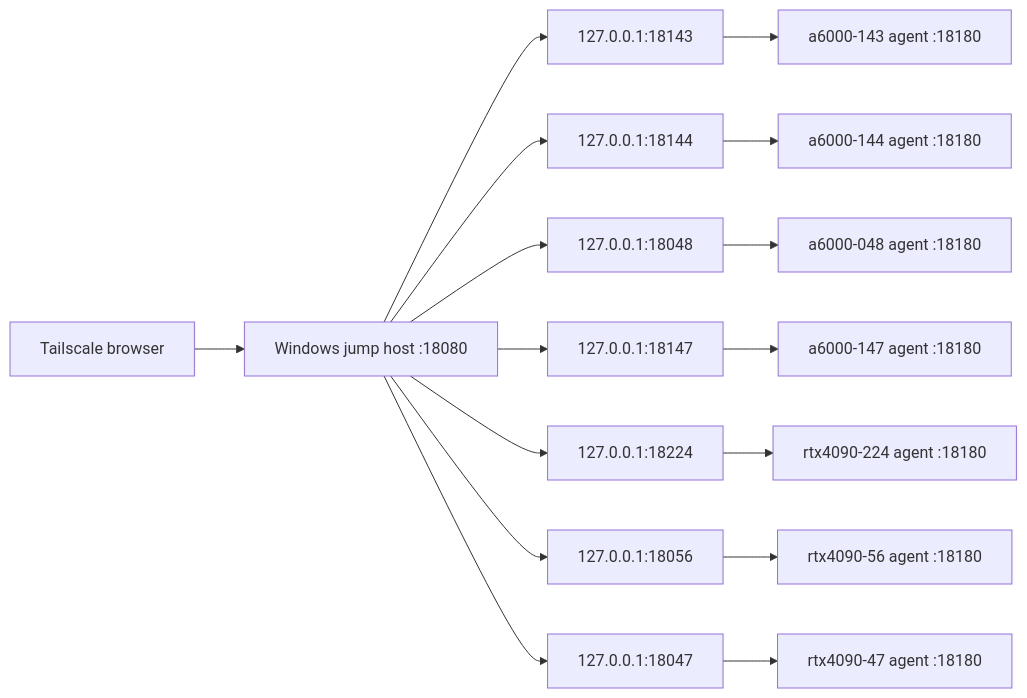
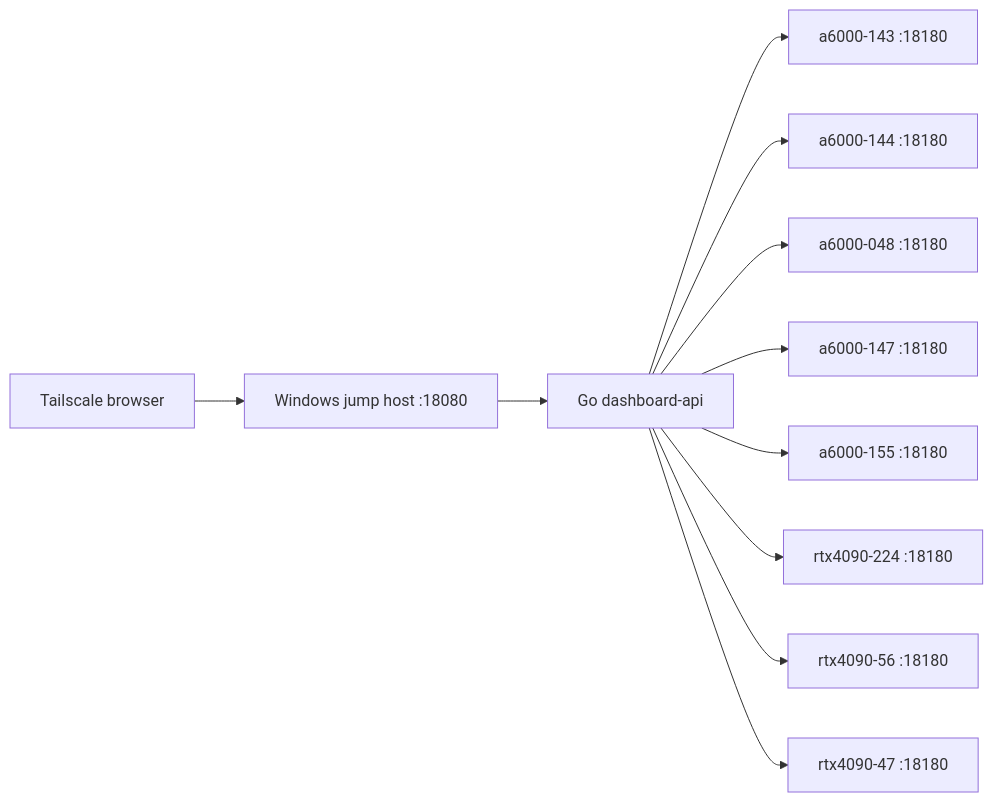
The diagram in README.md (magnum-qin/lab-sever-manager), drawn with Mermaid before and after one commit. The commit also changed other lines of this file and 29 other files, not shown here.

````diff
--- a/README.md
+++ b/README.md
@@ -64,11 +105,13 @@
 ```mermaid
 flowchart LR
   Browser["Tailscale browser"] --> Jump["Windows jump host :18080"]
-  Jump --> T1["127.0.0.1:18143"] --> A143["a6000-143 agent :18180"]
-  Jump --> T2["127.0.0.1:18144"] --> A144["a6000-144 agent :18180"]
-  Jump --> T3["127.0.0.1:18048"] --> A048["a6000-048 agent :18180"]
-  Jump --> T4["127.0.0.1:18147"] --> A147["a6000-147 agent :18180"]
-  Jump --> T5["127.0.0.1:18224"] --> R224["rtx4090-224 agent :18180"]
-  Jump --> T6["127.0.0.1:18056"] --> R56["rtx4090-56 agent :18180"]
-  Jump --> T7["127.0.0.1:18047"] --> R47["rtx4090-47 agent :18180"]
+  Jump --> API["Go dashboard-api"]
+  API --> A143["a6000-143 :18180"]
+  API --> A144["a6000-144 :18180"]
+  API --> A048["a6000-048 :18180"]
+  API --> A147["a6000-147 :18180"]
+  API --> A155["a6000-155 :18180"]
+  API --> R224["rtx4090-224 :18180"]
+  API --> R56["rtx4090-56 :18180"]
+  API --> R47["rtx4090-47 :18180"]
 ```
````
